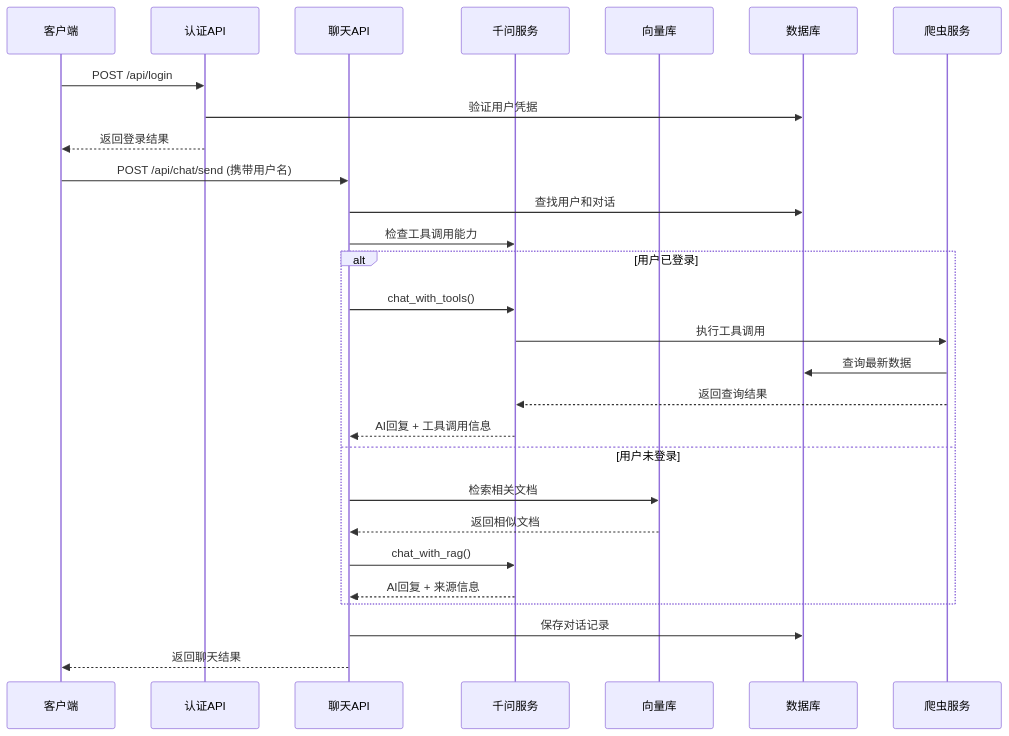
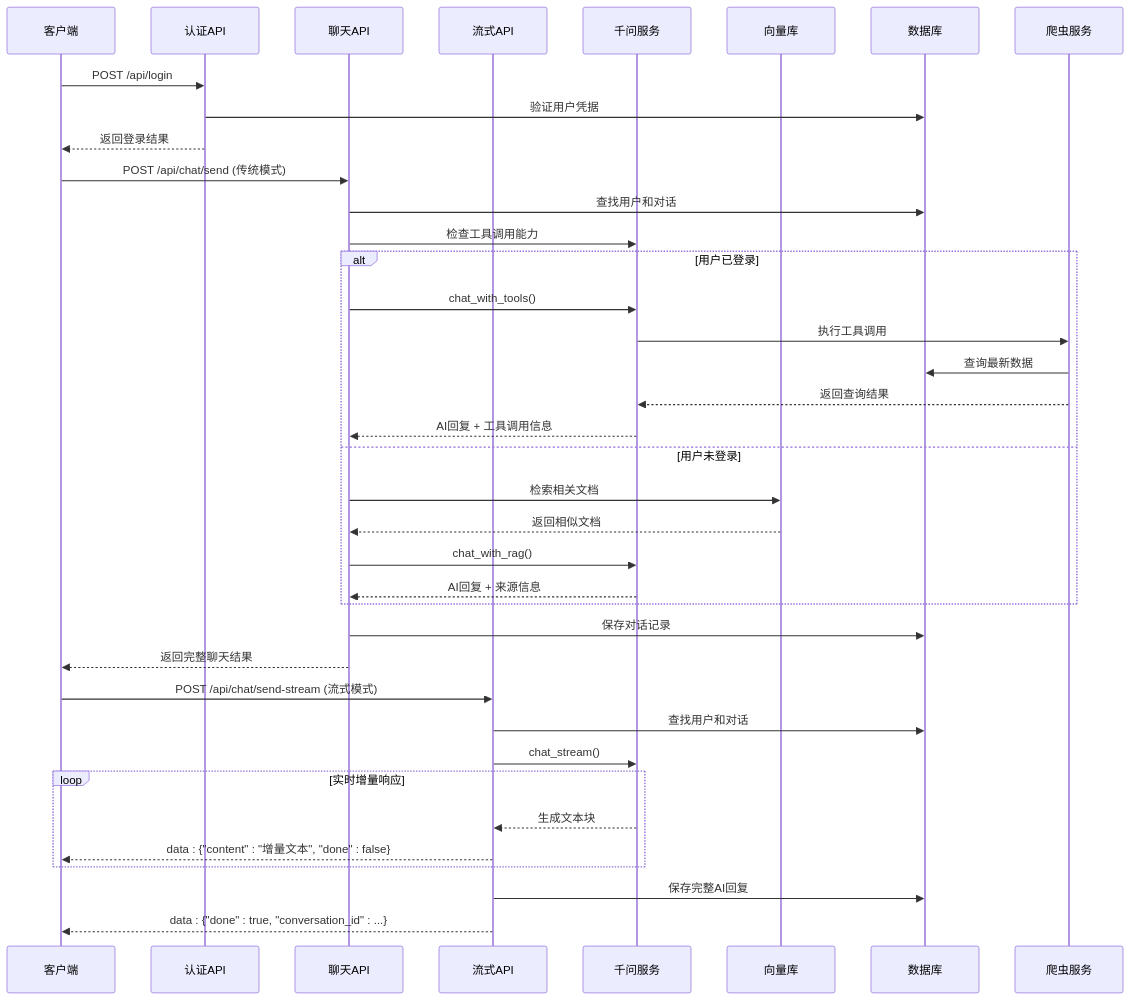
Before and after one commit to ghbbn053-ship-itsoulddog/soulddog: the second of 8 diagrams in .qoder/repowiki/zh/content/后端API文档/聊天API增强.md, drawn with Mermaid. The commit also changed other lines of this file and 13 other files, not shown here.

````diff
--- a/.qoder/repowiki/zh/content/后端API文档/聊天API增强.md
+++ b/.qoder/repowiki/zh/content/后端API文档/聊天API增强.md
@@ -135,30 +148,40 @@
 ```mermaid
 sequenceDiagram
 participant Client as 客户端
 participant Auth as 认证API
 participant API as 聊天API
+participant StreamAPI as 流式API
 participant Qwen as 千问服务
 participant Vector as 向量库
 participant DB as 数据库
 participant Scraper as 爬虫服务
 Client->>Auth : POST /api/login
 Auth->>DB : 验证用户凭据
 Auth-->>Client : 返回登录结果
-Client->>API : POST /api/chat/send (携带用户名)
+Client->>API : POST /api/chat/send (传统模式)
 API->>DB : 查找用户和对话
 API->>Qwen : 检查工具调用能力
 alt 用户已登录
 API->>Qwen : chat_with_tools()
 Qwen->>Scraper : 执行工具调用
 Scraper->>DB : 查询最新数据
 Scraper-->>Qwen : 返回查询结果
 Qwen-->>API : AI回复 + 工具调用信息
 else 用户未登录
 API->>Vector : 检索相关文档
 Vector-->>API : 返回相似文档
 API->>Qwen : chat_with_rag()
 Qwen-->>API : AI回复 + 来源信息
 end
 API->>DB : 保存对话记录
-API-->>Client : 返回聊天结果
+API-->>Client : 返回完整聊天结果
+Client->>StreamAPI : POST /api/chat/send-stream (流式模式)
+StreamAPI->>DB : 查找用户和对话
+StreamAPI->>Qwen : chat_stream()
+loop 实时增量响应
+Qwen-->>StreamAPI : 生成文本块
+StreamAPI-->>Client : data : {"content" : "增量文本", "done" : false}
+end
+StreamAPI->>DB : 保存完整AI回复
+StreamAPI-->>Client : data : {"done" : true, "conversation_id" : ...}
 ```
````
